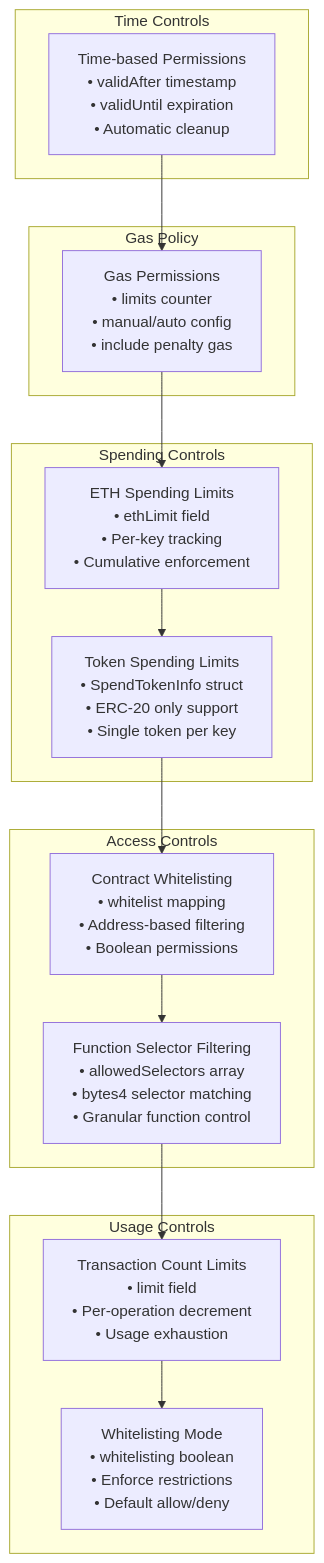
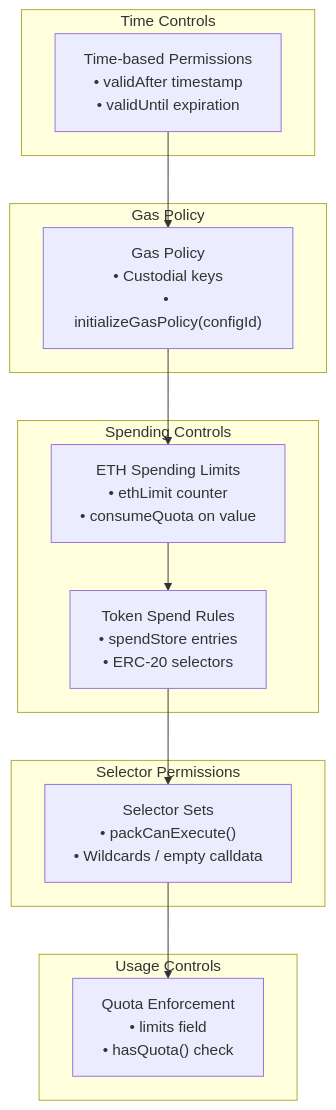
The third of 7 diagrams in docs/SessionKeys.md (openfort-xyz/openfort-7702-account), drawn with Mermaid before and after one commit. The commit also changed other lines of this file and 1 other file, not shown here.

Commit message:
(docs) Session Keys and Recovery

````diff
--- a/docs/SessionKeys.md
+++ b/docs/SessionKeys.md
@@ -139,34 +115,29 @@
 ```mermaid
 flowchart TD
     subgraph "Time Controls"
-        TimeValidation["Time-based Permissions<br/>• validAfter timestamp<br/>• validUntil expiration<br/>• Automatic cleanup"]
+        TimeValidation["Time-based Permissions<br/>• validAfter timestamp<br/>• validUntil expiration"]
     end
 
     subgraph "Gas Policy"
-        GasPolicy["Gas Permissions<br/>• limits counter<br/>• manual/auto config<br/>• include penalty gas"]
+        GasPolicy["Gas Policy<br/>• Custodial keys<br/>• initializeGasPolicy(configId)"]
     end
 
     subgraph "Spending Controls"
-        EthLimits["ETH Spending Limits<br/>• ethLimit field<br/>• Per-key tracking<br/>• Cumulative enforcement"]
-        TokenLimits["Token Spending Limits<br/>• SpendTokenInfo struct<br/>• ERC-20 only support<br/>• Single token per key"]
-    end
-    
-    subgraph "Access Controls"
-        ContractWhitelist["Contract Whitelisting<br/>• whitelist mapping<br/>• Address-based filtering<br/>• Boolean permissions"]
-        FunctionFilter["Function Selector Filtering<br/>• allowedSelectors array<br/>• bytes4 selector matching<br/>• Granular function control"]
-    end
-    
-    subgraph "Usage Controls"
-        TransactionLimits["Transaction Count Limits<br/>• limit field<br/>• Per-operation decrement<br/>• Usage exhaustion"]
-        WhitelistingMode["Whitelisting Mode<br/>• whitelisting boolean<br/>• Enforce restrictions<br/>• Default allow/deny"]
+        EthLimits["ETH Spending Limits<br/>• ethLimit counter<br/>• consumeQuota on value"]
+        TokenLimits["Token Spend Rules<br/>• spendStore entries<br/>• ERC-20 selectors"]
     end
 
-    %% Flow connections
+    subgraph "Selector Permissions"
+        SelectorSets["Selector Sets<br/>• packCanExecute()<br/>• Wildcards / empty calldata"]
+    end
+
+    subgraph "Usage Controls"
+        TransactionLimits["Quota Enforcement<br/>• limits field<br/>• hasQuota() check"]
+    end
+
     TimeValidation --> GasPolicy
     GasPolicy --> EthLimits
     EthLimits --> TokenLimits
-    TokenLimits --> ContractWhitelist
-    ContractWhitelist --> FunctionFilter
-    FunctionFilter --> TransactionLimits
-    TransactionLimits --> WhitelistingMode
+    TokenLimits --> SelectorSets
+    SelectorSets --> TransactionLimits
 ```
````
